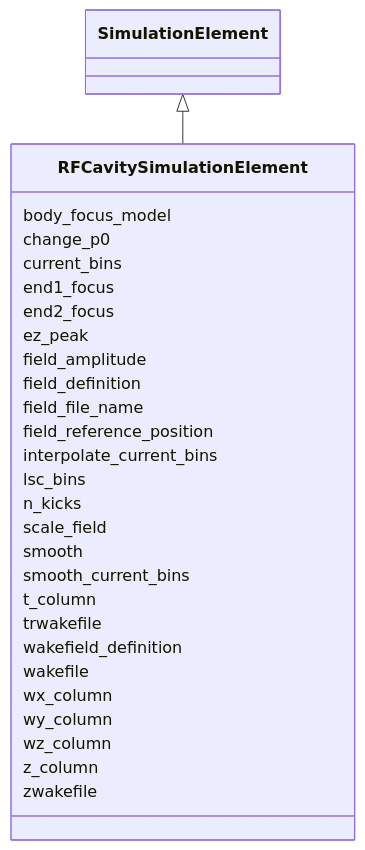
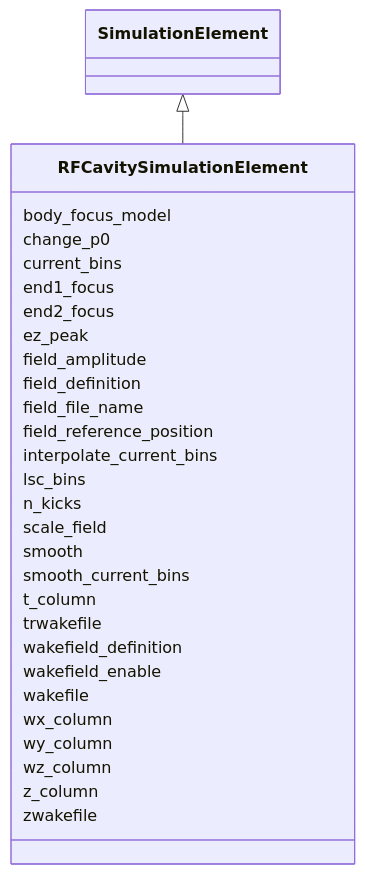
One commit to astec-stfc/laura changed the diagram in docs/source/schema/RFCavitySimulationElement.md. Above: the diagram before and after it, drawn with Mermaid. The commit also changed other lines of this file and 47 other files, not shown here.

First line of the commit message:
Make functional parameters a schema concept; complete PR #4 merge

````diff
--- a/docs/source/schema/RFCavitySimulationElement.md
+++ b/docs/source/schema/RFCavitySimulationElement.md
@@ -23,59 +23,61 @@
 ```mermaid
  classDiagram
     class RFCavitySimulationElement
     click RFCavitySimulationElement href "../RFCavitySimulationElement/"
       SimulationElement <|-- RFCavitySimulationElement
         click SimulationElement href "../SimulationElement/"
       
       RFCavitySimulationElement : body_focus_model
         
       RFCavitySimulationElement : change_p0
         
       RFCavitySimulationElement : current_bins
         
       RFCavitySimulationElement : end1_focus
         
       RFCavitySimulationElement : end2_focus
         
       RFCavitySimulationElement : ez_peak
         
       RFCavitySimulationElement : field_amplitude
         
       RFCavitySimulationElement : field_definition
         
       RFCavitySimulationElement : field_file_name
         
       RFCavitySimulationElement : field_reference_position
         
       RFCavitySimulationElement : interpolate_current_bins
         
       RFCavitySimulationElement : lsc_bins
         
       RFCavitySimulationElement : n_kicks
         
       RFCavitySimulationElement : scale_field
         
       RFCavitySimulationElement : smooth
         
       RFCavitySimulationElement : smooth_current_bins
         
       RFCavitySimulationElement : t_column
         
       RFCavitySimulationElement : trwakefile
         
       RFCavitySimulationElement : wakefield_definition
         
+      RFCavitySimulationElement : wakefield_enable
+        
       RFCavitySimulationElement : wakefile
         
       RFCavitySimulationElement : wx_column
         
       RFCavitySimulationElement : wy_column
         
       RFCavitySimulationElement : wz_column
         
       RFCavitySimulationElement : z_column
         
       RFCavitySimulationElement : zwakefile
         
       
 ```
````
